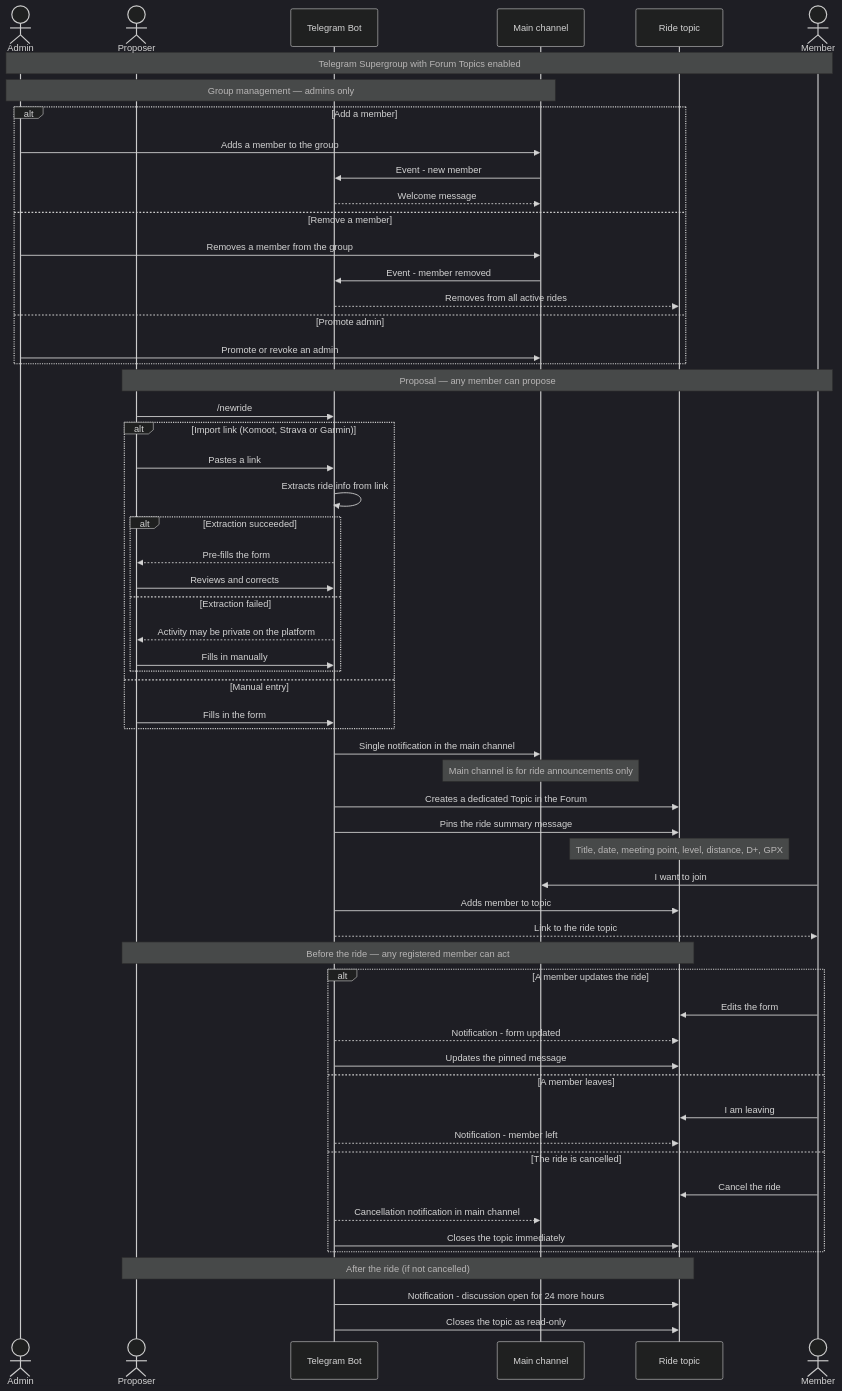
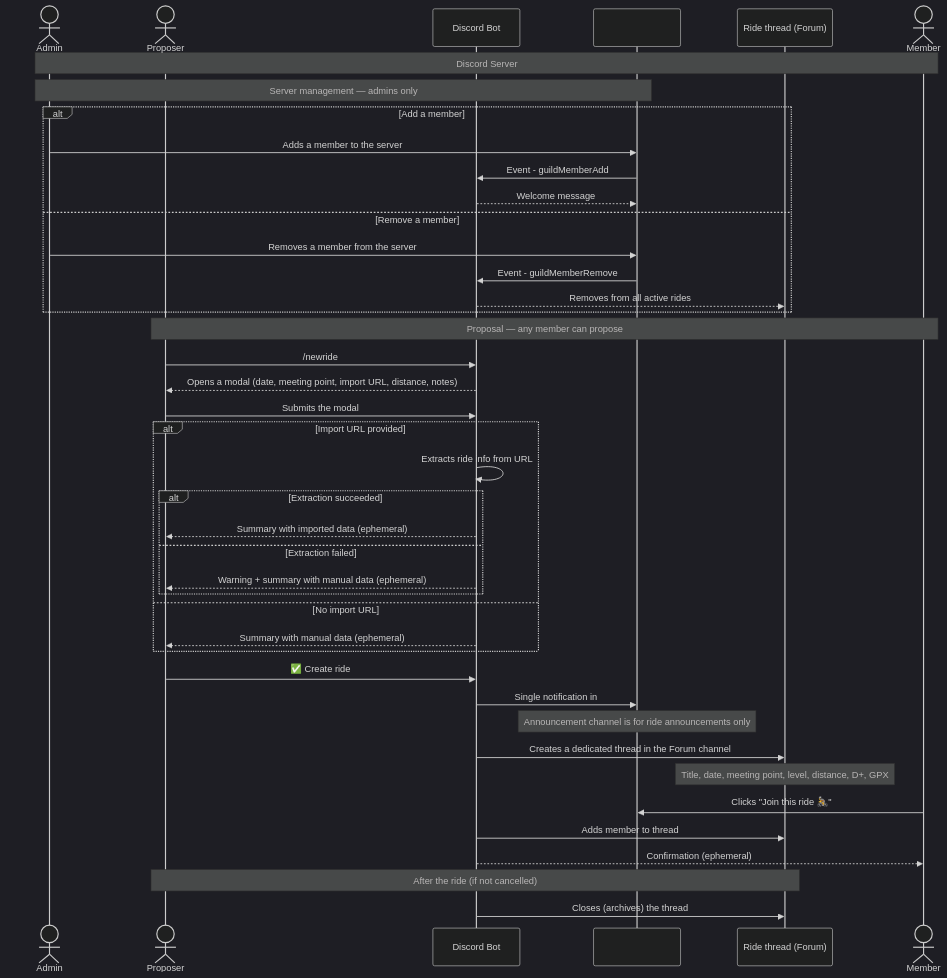
Before and after one commit to Slashgear/group-ride: the diagram in README.md, drawn with Mermaid (dark theme). The commit also changed other lines of this file and 3 other files, not shown here.

````diff
--- a/README.md
+++ b/README.md
@@ -83,73 +86,54 @@
 ```mermaid
 sequenceDiagram
     actor Admin
     actor Proposer
-    participant Bot as Telegram Bot
-    participant Channel as Main channel
-    participant Ride as Ride topic
+    participant Bot as Discord Bot
+    participant Channel as #announcements
+    participant Ride as Ride thread (Forum)
     actor Member
 
-    Note over Admin,Member: Telegram Supergroup with Forum Topics enabled
+    Note over Admin,Member: Discord Server
 
-    Note over Admin,Channel: Group management — admins only
+    Note over Admin,Channel: Server management — admins only
 
     alt Add a member
-        Admin->>Channel: Adds a member to the group
-        Channel->>Bot: Event - new member
+        Admin->>Channel: Adds a member to the server
+        Channel->>Bot: Event - guildMemberAdd
         Bot-->>Channel: Welcome message
     else Remove a member
-        Admin->>Channel: Removes a member from the group
-        Channel->>Bot: Event - member removed
+        Admin->>Channel: Removes a member from the server
+        Channel->>Bot: Event - guildMemberRemove
         Bot-->>Ride: Removes from all active rides
-    else Promote admin
-        Admin->>Channel: Promote or revoke an admin
     end
 
     Note over Proposer,Member: Proposal — any member can propose
 
     Proposer->>Bot: /newride
+    Bot-->>Proposer: Opens a modal (date, meeting point, import URL, distance, notes)
+    Proposer->>Bot: Submits the modal
 
-    alt Import link (Komoot, Strava or Garmin)
-        Proposer->>Bot: Pastes a link
-        Bot->>Bot: Extracts ride info from link
+    alt Import URL provided
+        Bot->>Bot: Extracts ride info from URL
         alt Extraction succeeded
-            Bot-->>Proposer: Pre-fills the form
-            Proposer->>Bot: Reviews and corrects
+            Bot-->>Proposer: Summary with imported data (ephemeral)
         else Extraction failed
-            Bot-->>Proposer: Activity may be private on the platform
-            Proposer->>Bot: Fills in manually
+            Bot-->>Proposer: Warning + summary with manual data (ephemeral)
         end
-    else Manual entry
-        Proposer->>Bot: Fills in the form
+    else No import URL
+        Bot-->>Proposer: Summary with manual data (ephemeral)
     end
 
-    Bot->>Channel: Single notification in the main channel
-    Note over Channel: Main channel is for ride announcements only
+    Proposer->>Bot: ✅ Create ride
+    Bot->>Channel: Single notification in #announcements
+    Note over Channel: Announcement channel is for ride announcements only
 
-    Bot->>Ride: Creates a dedicated Topic in the Forum
-    Bot->>Ride: Pins the ride summary message
+    Bot->>Ride: Creates a dedicated thread in the Forum channel
     Note over Ride: Title, date, meeting point, level, distance, D+, GPX
 
-    Member->>Channel: I want to join
-    Bot->>Ride: Adds member to topic
-    Bot-->>Member: Link to the ride topic
-
-    Note over Proposer,Ride: Before the ride — any registered member can act
-
-    alt A member updates the ride
-        Member->>Ride: Edits the form
-        Bot-->>Ride: Notification - form updated
-        Bot->>Ride: Updates the pinned message
-    else A member leaves
-        Member->>Ride: I am leaving
-        Bot-->>Ride: Notification - member left
-    else The ride is cancelled
-        Member->>Ride: Cancel the ride
-        Bot-->>Channel: Cancellation notification in main channel
-        Bot->>Ride: Closes the topic immediately
-    end
+    Member->>Channel: Clicks "Join this ride 🚴"
+    Bot->>Ride: Adds member to thread
+    Bot-->>Member: Confirmation (ephemeral)
 
     Note over Proposer,Ride: After the ride (if not cancelled)
-    Bot->>Ride: Notification - discussion open for 24 more hours
-    Bot->>Ride: Closes the topic as read-only
+    Bot->>Ride: Closes (archives) the thread
 ```
````
